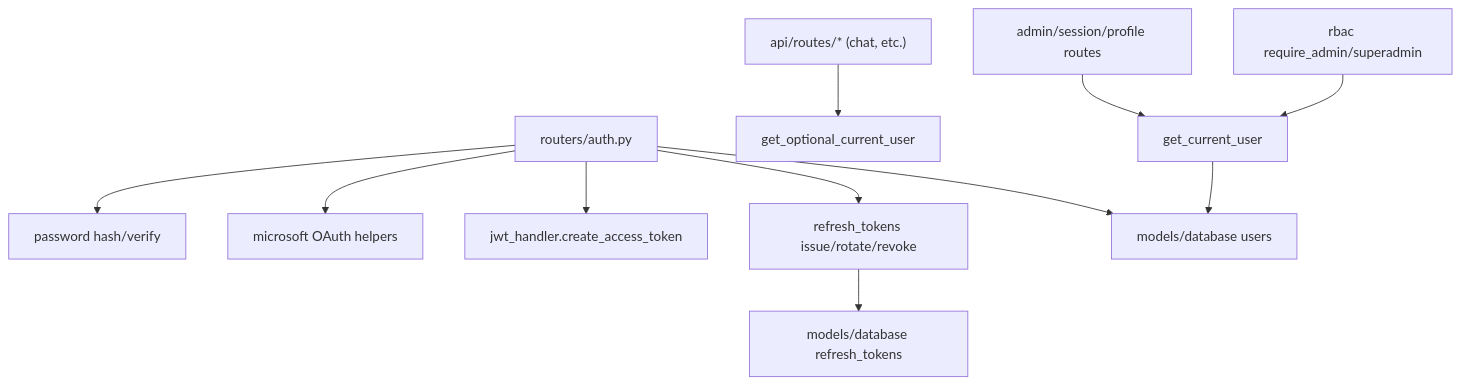
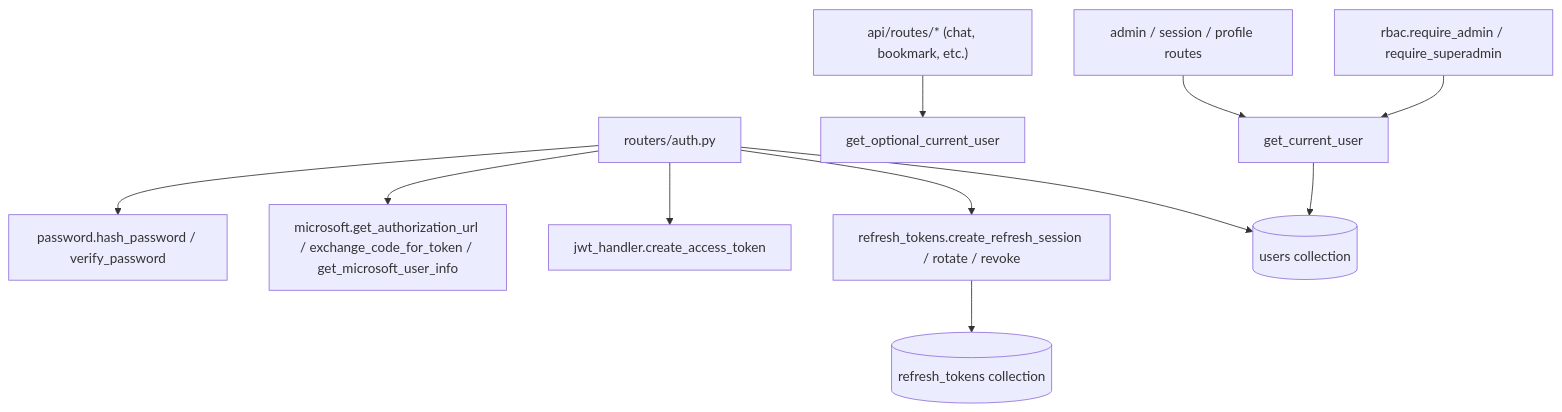
The diagram in src/RAG_v2/auth/MODULE.md (hoainam183/GR), drawn with Mermaid before and after one commit. The commit also changed other lines of this file and 38 other files, not shown here.

````diff
--- a/src/RAG_v2/auth/MODULE.md
+++ b/src/RAG_v2/auth/MODULE.md
@@ -122,13 +125,13 @@
 ```mermaid
 flowchart TD
-  AuthRouter["routers/auth.py"] --> Password["password hash/verify"]
-  AuthRouter --> OAuth["microsoft OAuth helpers"]
+  AuthRouter["routers/auth.py"] --> Password["password.hash_password / verify_password"]
+  AuthRouter --> OAuth["microsoft.get_authorization_url / exchange_code_for_token / get_microsoft_user_info"]
   AuthRouter --> JWTCreate["jwt_handler.create_access_token"]
-  AuthRouter --> Refresh["refresh_tokens issue/rotate/revoke"]
-  Refresh --> MongoRefresh["models/database refresh_tokens"]
-  AuthRouter --> Users["models/database users"]
-  ClientRoutes["api/routes/* (chat, etc.)"] --> OptionalUser["get_optional_current_user"]
-  ProtectedRoutes["admin/session/profile routes"] --> CurrentUser["get_current_user"]
-  RBAC["rbac require_admin/superadmin"] --> CurrentUser
+  AuthRouter --> Refresh["refresh_tokens.create_refresh_session / rotate / revoke"]
+  Refresh --> MongoRefresh[("refresh_tokens collection")]
+  AuthRouter --> Users[("users collection")]
+  ClientRoutes["api/routes/* (chat, bookmark, etc.)"] --> OptionalUser["get_optional_current_user"]
+  ProtectedRoutes["admin / session / profile routes"] --> CurrentUser["get_current_user"]
+  RBAC["rbac.require_admin / require_superadmin"] --> CurrentUser
   CurrentUser --> Users
 ```
````
